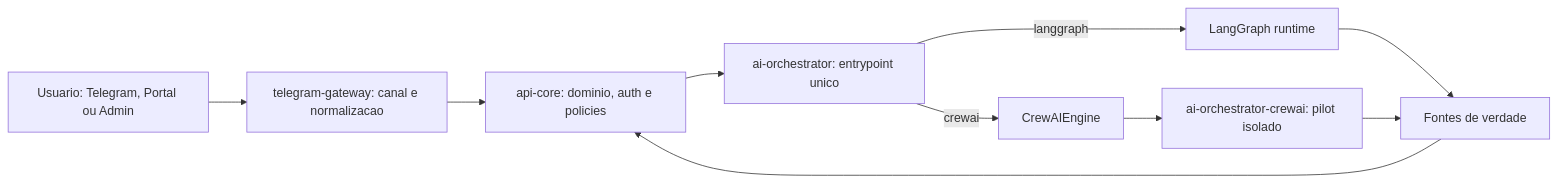
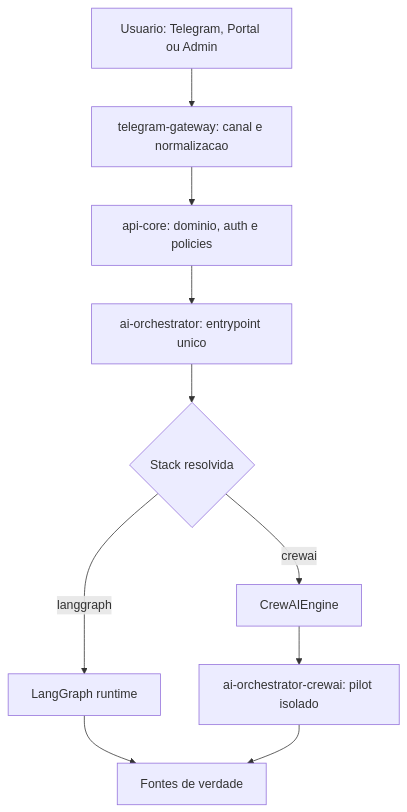
One commit to EliseuODaniel/eduassist-platform changed the first of 3 diagrams in docs/architecture/mermaid-src/dual-stack-runtime-visual-overview.md. Above: the diagram before and after it, drawn with Mermaid. The commit also changed 2 other files, not shown here.

Commit message:
Normalize visual scale in dual stack guide

````diff
--- a/docs/architecture/mermaid-src/dual-stack-runtime-visual-overview.md
+++ b/docs/architecture/mermaid-src/dual-stack-runtime-visual-overview.md
@@ -5,14 +5,14 @@
 ```mermaid
-graph LR
+graph TD
     User["Usuario: Telegram, Portal ou Admin"] --> Gateway["telegram-gateway: canal e normalizacao"]
     Gateway --> API["api-core: dominio, auth e policies"]
     API --> Orch["ai-orchestrator: entrypoint unico"]
+    Orch --> Router{"Stack resolvida"}
 
-    Orch -->|langgraph| LG["LangGraph runtime"]
-    Orch -->|crewai| CE["CrewAIEngine"]
+    Router -->|langgraph| LG["LangGraph runtime"]
+    Router -->|crewai| CE["CrewAIEngine"]
     CE --> Pilot["ai-orchestrator-crewai: pilot isolado"]
 
     LG --> Truth["Fontes de verdade"]
     Pilot --> Truth
-    Truth --> API
 ```
````
